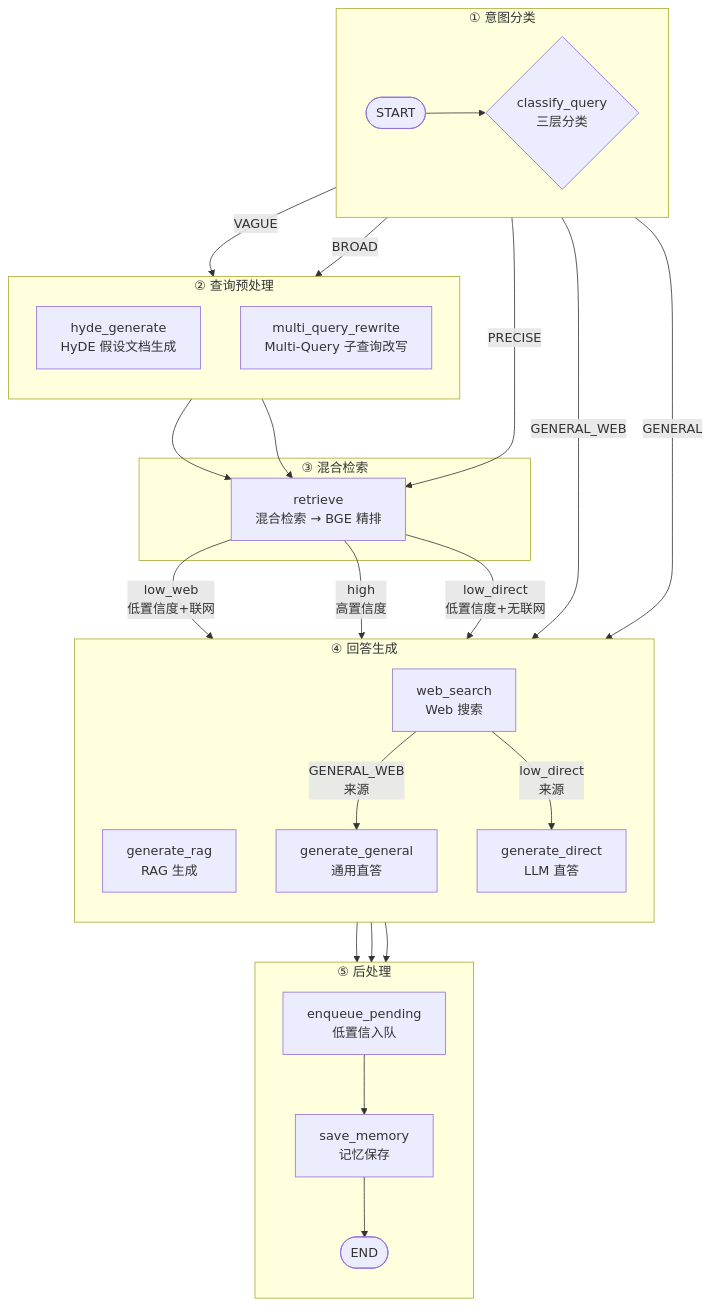
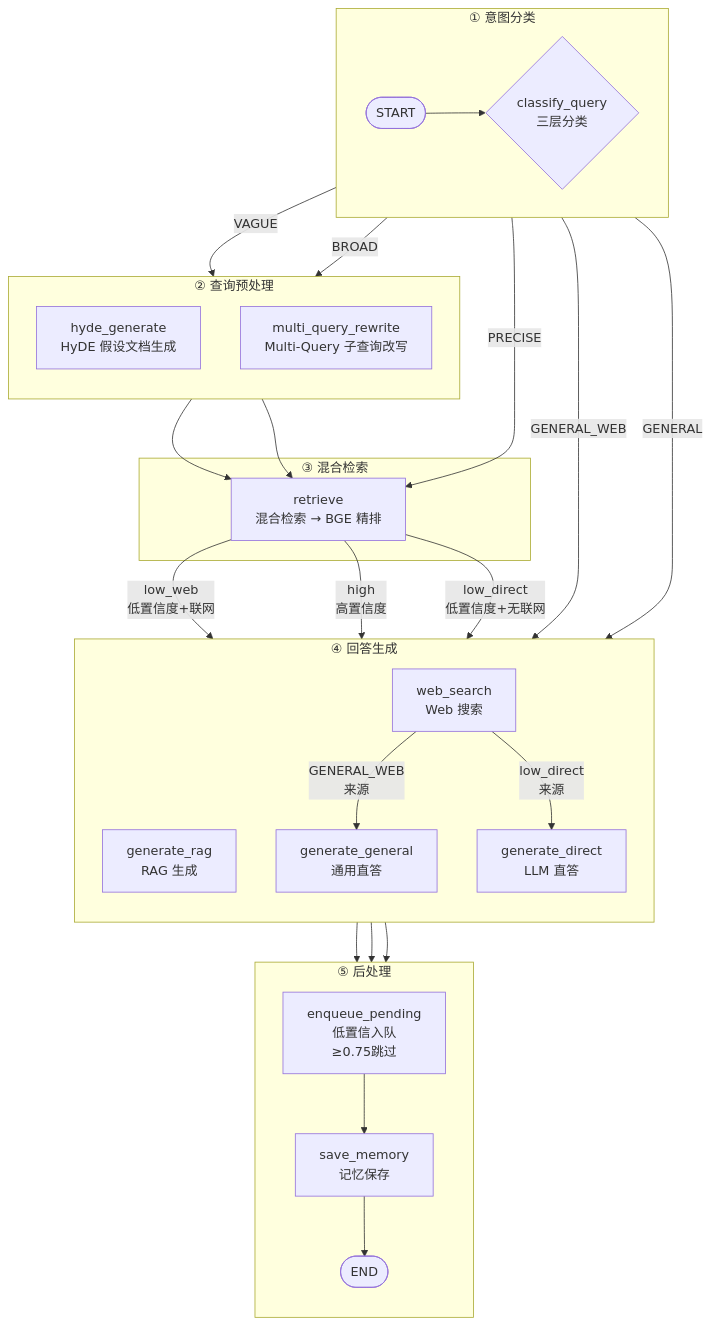
Before and after one commit to 1228chl/Learning-AI-Large-Models-Notes: the diagram in AI-Large-Modlels-Notes/Project/EduAgent/代码版/05-RAG问答系统/05-22-QA-Agent-图装配graph深析.md, drawn with Mermaid. The commit also changed other lines of this file, not shown here.

````diff
--- a/AI-Large-Modlels-Notes/Project/EduAgent/代码版/05-RAG问答系统/05-22-QA-Agent-图装配graph深析.md
+++ b/AI-Large-Modlels-Notes/Project/EduAgent/代码版/05-RAG问答系统/05-22-QA-Agent-图装配graph深析.md
@@ -229,60 +229,60 @@
 ```mermaid
 flowchart TD
     subgraph 入口层["① 意图分类"]
         direction LR
         START([START]) --> classify_query{classify_query<br>三层分类}
     end
 
     subgraph 预处理层["② 查询预处理"]
         direction TB
         hyde_generate[hyde_generate<br>HyDE 假设文档生成]
         multi_query_rewrite[multi_query_rewrite<br>Multi-Query 子查询改写]
     end
 
     subgraph 检索层["③ 混合检索"]
         retrieve[retrieve<br>混合检索 → BGE 精排]
     end
 
     subgraph 生成层["④ 回答生成"]
         direction TB
         generate_rag[generate_rag<br>RAG 生成]
         generate_direct[generate_direct<br>LLM 直答️]
         web_search[web_search<br>Web 搜索]
         generate_general[generate_general<br>通用直答]
     end
 
     subgraph 后处理层["⑤ 后处理"]
         direction TB
-        enqueue_pending[enqueue_pending<br>低置信入队]
+        enqueue_pending[enqueue_pending<br>低置信入队<br>≥0.75跳过]
         save_memory[save_memory<br>记忆保存]
         END([END])
     end
 
     %% ── 层间连接 ──
     %% web_search 的两条入边：retrieve 走左、classify_query 走右，避免交叉
     retrieve -->|"low_web<br>低置信度+联网"| web_search
     classify_query -->|GENERAL_WEB| web_search
 
     %% generate_general 的两条入边：web_search 走左、classify_query 走右，避免交叉
     web_search -->|"GENERAL_WEB<br>来源"| generate_general
     classify_query -->|GENERAL| generate_general
 
     classify_query -->|PRECISE| retrieve
     classify_query -->|VAGUE| hyde_generate
     classify_query -->|BROAD| multi_query_rewrite
 
     hyde_generate --> retrieve
     multi_query_rewrite --> retrieve
 
     retrieve -->|"high<br>高置信度"| generate_rag
     retrieve -->|"low_direct<br>低置信度+无联网"| generate_direct
 
     web_search -->|"low_direct<br>来源"| generate_direct
 
     generate_rag --> enqueue_pending
     generate_direct --> enqueue_pending
     generate_general --> enqueue_pending
 
     enqueue_pending --> save_memory
     save_memory --> END
 ```
````
